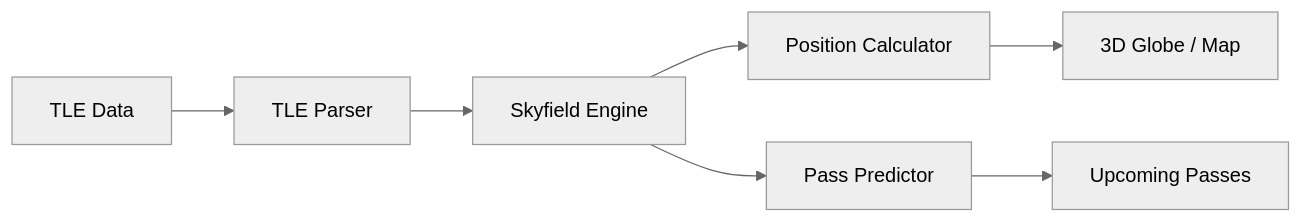
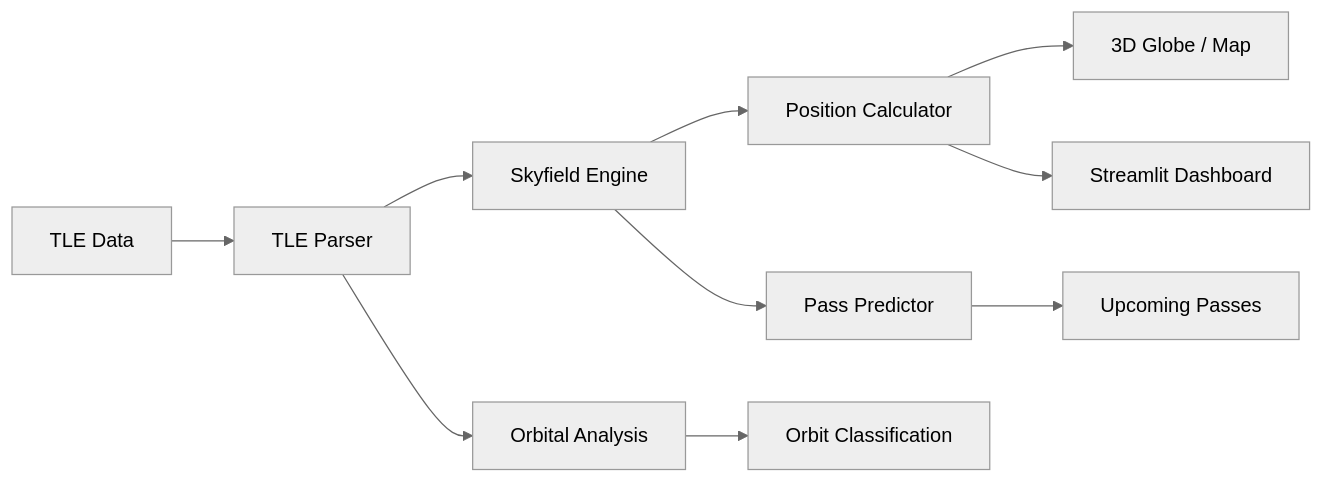
The diagram in README.md (mehmetd7mir/SatelliteTracker), drawn with Mermaid (neutral theme) before and after one commit. The commit also changed other lines of this file and 1 other file, not shown here.

Commit message:
update README and add architecture docs

````diff
--- a/README.md
+++ b/README.md
@@ -25,9 +29,12 @@
 ```mermaid
 graph LR
     A[TLE Data] --> B[TLE Parser]
     B --> C[Skyfield Engine]
     C --> D[Position Calculator]
     D --> E[3D Globe / Map]
     C --> F[Pass Predictor]
     F --> G[Upcoming Passes]
+    B --> H[Orbital Analysis]
+    H --> I[Orbit Classification]
+    D --> J[Streamlit Dashboard]
 ```
````
